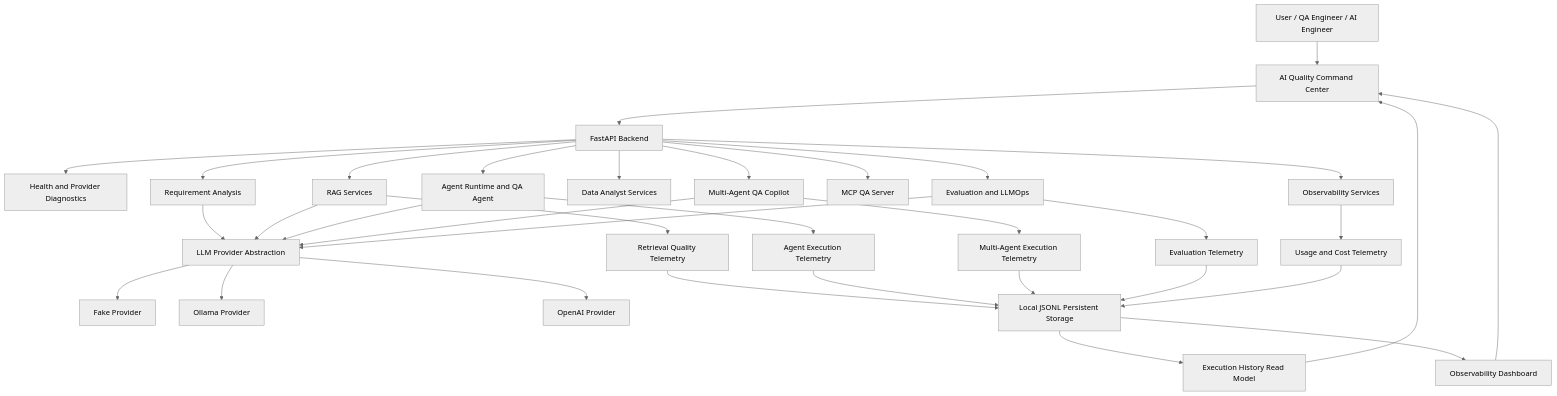
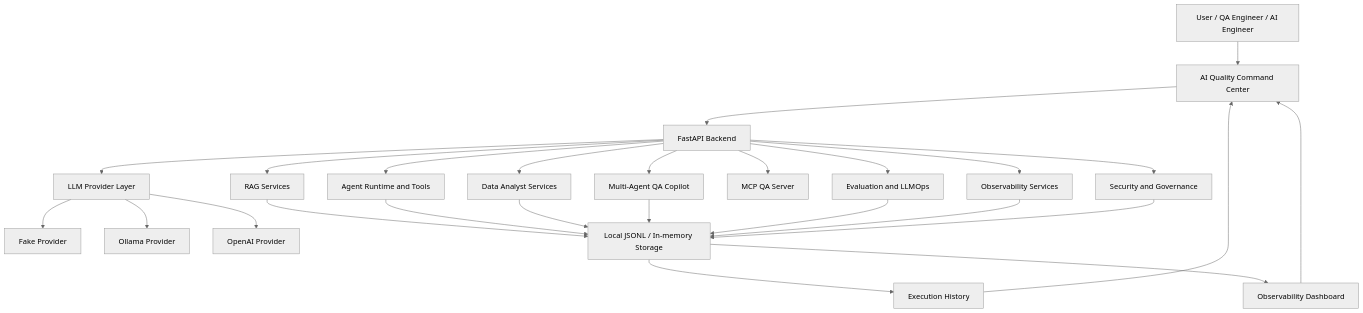
Before and after one commit to gabrieldevms/applied-ai-engineering-lab: the diagram in README.md, drawn with Mermaid (neutral theme). The commit also changed other lines of this file and 3 other files, not shown here.

````diff
--- a/README.md
+++ b/README.md
@@ -507,44 +131,34 @@
-```mermaid
+~~~mermaid
 flowchart TB
     User[User / QA Engineer / AI Engineer] --> Frontend[AI Quality Command Center]
 
     Frontend --> API[FastAPI Backend]
 
-    API --> Diagnostics[Health and Provider Diagnostics]
-    API --> Requirements[Requirement Analysis]
+    API --> LLM[LLM Provider Layer]
     API --> RAG[RAG Services]
-    API --> Agents[Agent Runtime and QA Agent]
-    API --> DataAnalysis[Data Analyst Services]
+    API --> Agents[Agent Runtime and Tools]
+    API --> Data[Data Analyst Services]
     API --> MultiAgent[Multi-Agent QA Copilot]
     API --> MCP[MCP QA Server]
     API --> Evals[Evaluation and LLMOps]
-    API --> Observability[Observability Services]
+    API --> Obs[Observability Services]
+    API --> Sec[Security and Governance]
 
-    Requirements --> LLM[LLM Provider Abstraction]
-    RAG --> LLM
-    Agents --> LLM
-    MultiAgent --> LLM
-    Evals --> LLM
-
-    LLM --> FakeLLM[Fake Provider]
+    LLM --> Fake[Fake Provider]
     LLM --> Ollama[Ollama Provider]
     LLM --> OpenAI[OpenAI Provider]
 
-    RAG --> RetrievalQuality[Retrieval Quality Telemetry]
-    Agents --> AgentTelemetry[Agent Execution Telemetry]
-    MultiAgent --> MultiAgentTelemetry[Multi-Agent Execution Telemetry]
-    Evals --> EvalTelemetry[Evaluation Telemetry]
-    Observability --> Usage[Usage and Cost Telemetry]
+    RAG --> Storage[Local JSONL / In-memory Storage]
+    Agents --> Storage
+    Data --> Storage
+    MultiAgent --> Storage
+    Evals --> Storage
+    Obs --> Storage
+    Sec --> Storage
 
-    RetrievalQuality --> Storage[Local JSONL Persistent Storage]
-    AgentTelemetry --> Storage
-    MultiAgentTelemetry --> Storage
-    EvalTelemetry --> Storage
-    Usage --> Storage
-
-    Storage --> ExecutionHistory[Execution History Read Model]
+    Storage --> History[Execution History]
     Storage --> Dashboard[Observability Dashboard]
 
-    ExecutionHistory --> Frontend
+    History --> Frontend
     Dashboard --> Frontend
-```
+~~~
````
